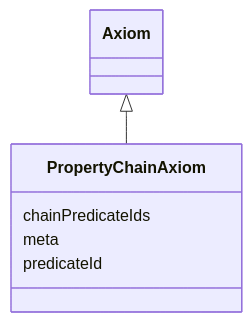
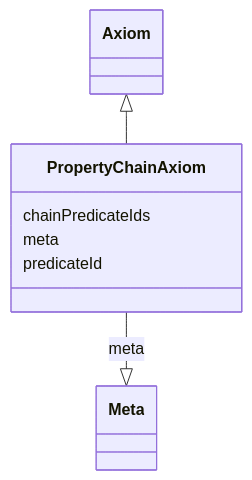
Before and after one commit to cthoyt/ontology-access-kit: the diagram in obograph/PropertyChainAxiom.md, drawn with Mermaid. The commit also changed other lines of this file and 3287 other files, not shown here.

````diff
--- a/obograph/PropertyChainAxiom.md
+++ b/obograph/PropertyChainAxiom.md
@@ -11,10 +14,15 @@
 ```{mermaid}
  classDiagram
     class PropertyChainAxiom
       Axiom <|-- PropertyChainAxiom
       
       PropertyChainAxiom : chainPredicateIds
+        
       PropertyChainAxiom : meta
+        
+          PropertyChainAxiom --|> Meta : meta
+        
       PropertyChainAxiom : predicateId
+        
       
 ```
````
